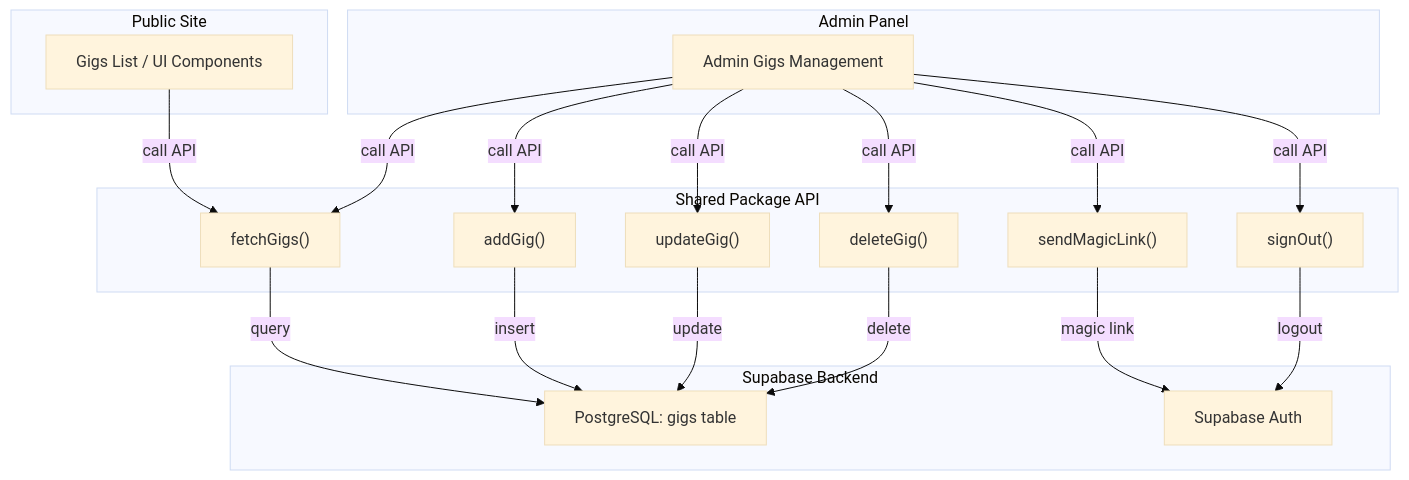
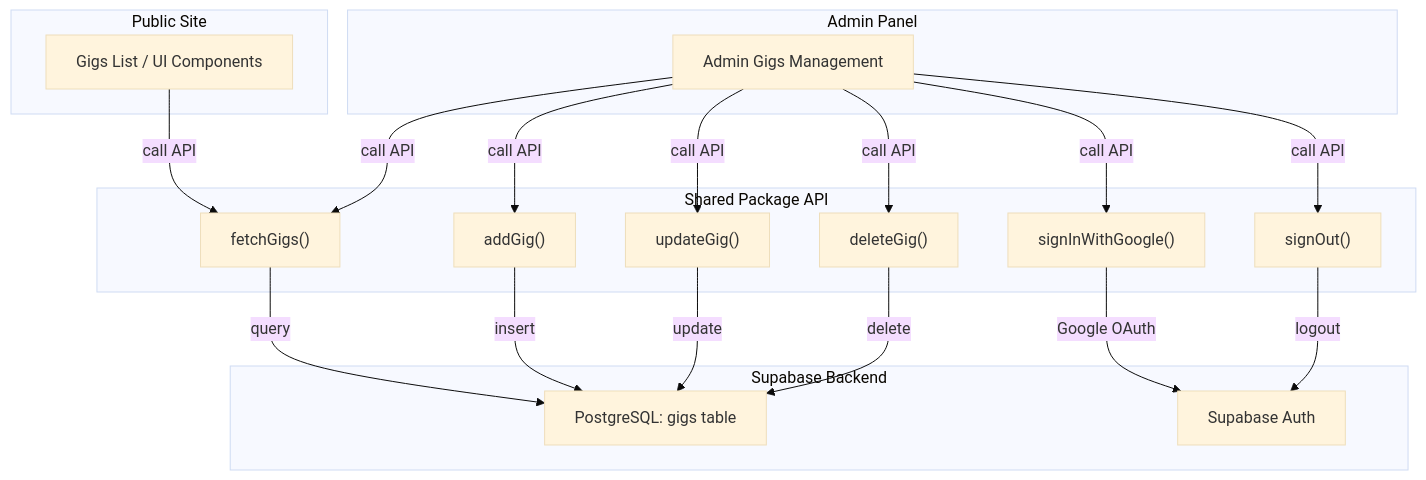
One commit to aj-kivimaki/jpx changed the diagram in packages/shared/src/api/API.md. Above: the diagram before and after it, drawn with Mermaid (base theme). The commit also changed 9 other files, not shown here.

First line of the commit message:
Remove/magic link login (#67)

````diff
--- a/packages/shared/src/api/API.md
+++ b/packages/shared/src/api/API.md
@@ -3,39 +3,39 @@
 ```mermaid
 flowchart TD
   subgraph Frontend["Public Site"]
     FE["Gigs List / UI Components"]
   end
 
   subgraph Admin["Admin Panel"]
     AD["Admin Gigs Management"]
   end
 
   subgraph Shared["Shared Package API"]
     API1["fetchGigs()"]
     API2["addGig()"]
     API3["updateGig()"]
     API4["deleteGig()"]
-    API5["sendMagicLink()"]
+    API5["signInWithGoogle()"]
     API6["signOut()"]
   end
 
   subgraph Backend["Supabase Backend"]
     DB["PostgreSQL: gigs table"]
     AUTH["Supabase Auth"]
   end
 
   FE -->|call API| API1
   AD -->|call API| API1
   AD -->|call API| API2
   AD -->|call API| API3
   AD -->|call API| API4
   AD -->|call API| API5
   AD -->|call API| API6
 
   API1 -->|query| DB
   API2 -->|insert| DB
   API3 -->|update| DB
   API4 -->|delete| DB
-  API5 -->|magic link| AUTH
+  API5 -->|Google OAuth| AUTH
   API6 -->|logout| AUTH
 ```
````
